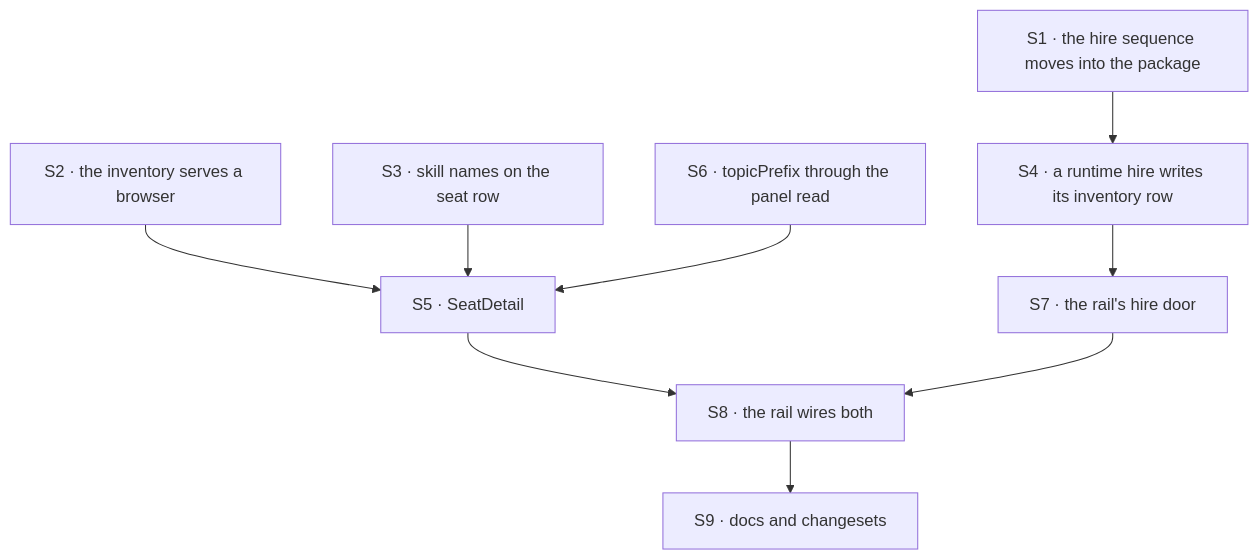
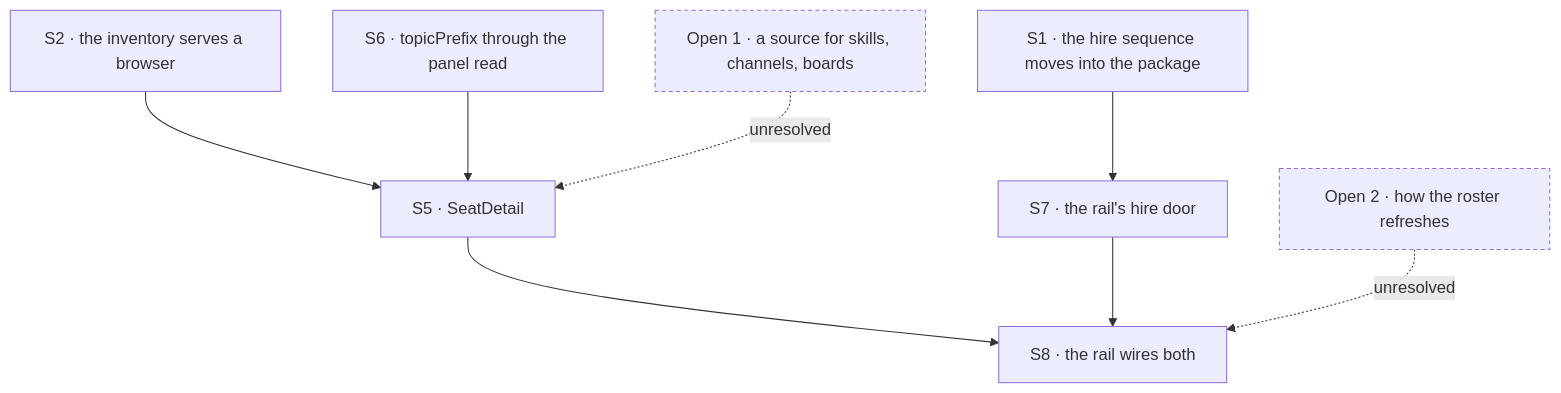
Before and after one commit to fixpoint-labs/flow-state-dev: the diagram in specs/issues/FIX-1500/PLAN.md, drawn with Mermaid. The commit also changed other lines of this file and 4 other files, not shown here.

````diff
--- a/specs/issues/FIX-1500/PLAN.md
+++ b/specs/issues/FIX-1500/PLAN.md
@@ -39,11 +39,12 @@
 ```mermaid
 flowchart TD
-  S1["S1 · the hire sequence moves into the package"] --> S4["S4 · a runtime hire writes its inventory row"]
+  S1["S1 · the hire sequence moves into the package"] --> S7["S7 · the rail's hire door"]
   S2["S2 · the inventory serves a browser"] --> S5["S5 · SeatDetail"]
-  S3["S3 · skill names on the seat row"] --> S5
   S6["S6 · topicPrefix through the panel read"] --> S5
-  S4 --> S7["S7 · the rail's hire door"]
   S5 --> S8["S8 · the rail wires both"]
   S7 --> S8
-  S8 --> S9["S9 · docs and changesets"]
+  O1["Open 1 · a source for skills, channels, boards"] -.->|"unresolved"| S5
+  O2["Open 2 · how the roster refreshes"] -.->|"unresolved"| S8
+  classDef proposed stroke-dasharray:4 3
+  class O1,O2 proposed
 ```
````
